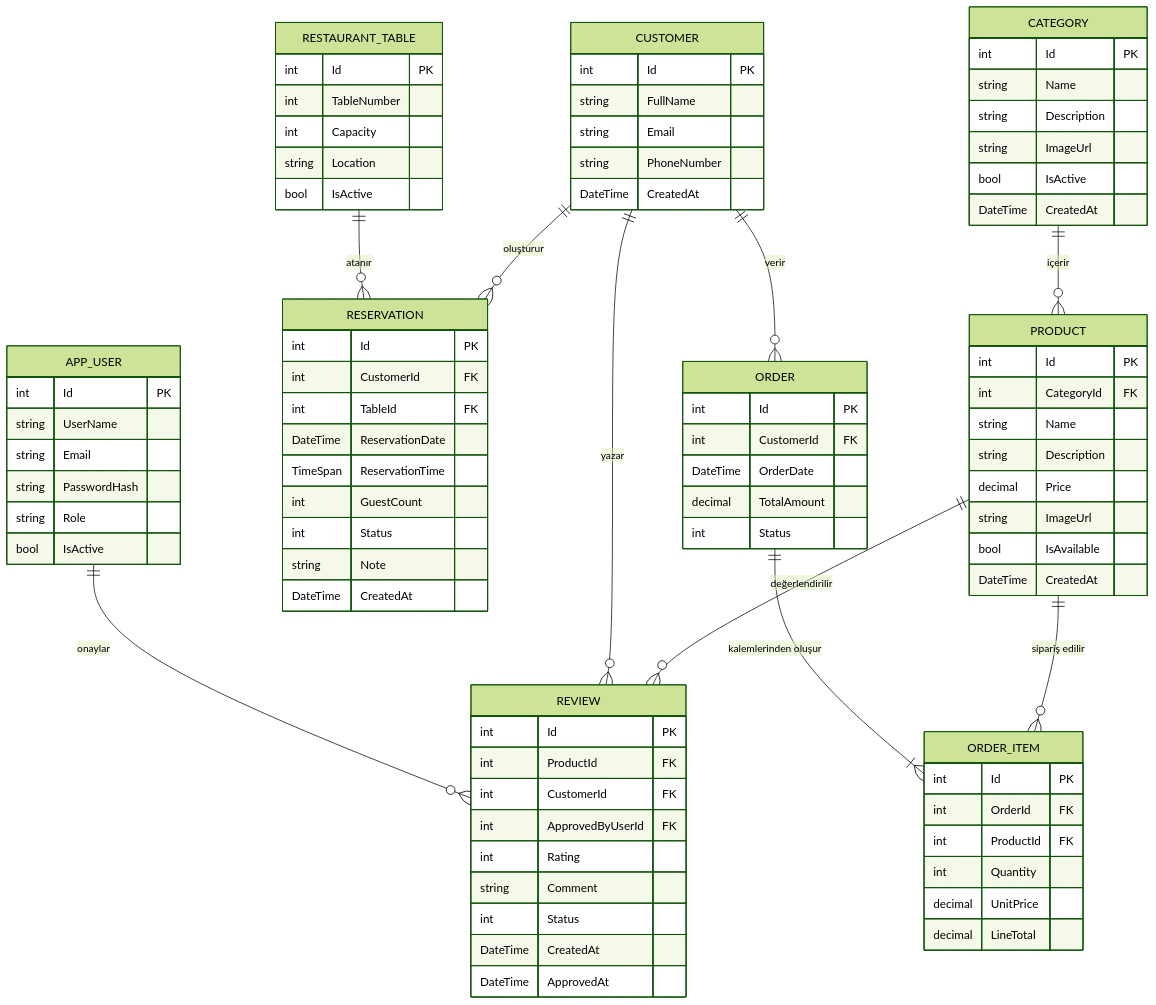
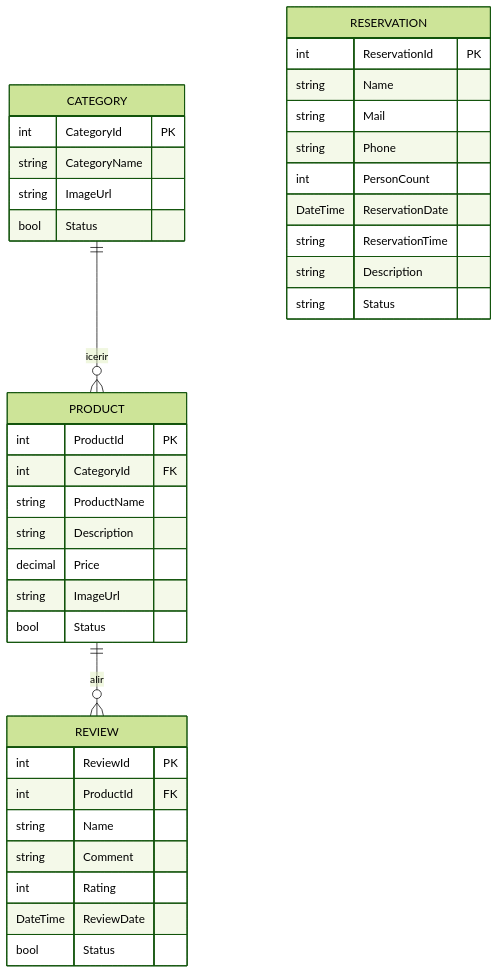
The third of 10 diagrams in README.md (yelda-batti0/DinaRestaurant-PostgreSQL), drawn with Mermaid (forest theme) before and after one commit. The commit also changed other lines of this file, not shown here.

````diff
--- a/README.md
+++ b/README.md
@@ -316,98 +340,44 @@
 ```mermaid
 erDiagram
-    CATEGORY ||--o{ PRODUCT : "içerir"
-    PRODUCT ||--o{ REVIEW : "değerlendirilir"
-    PRODUCT ||--o{ ORDER_ITEM : "sipariş edilir"
-    CUSTOMER ||--o{ RESERVATION : "oluşturur"
-    CUSTOMER ||--o{ ORDER : "verir"
-    CUSTOMER ||--o{ REVIEW : "yazar"
-    ORDER ||--|{ ORDER_ITEM : "kalemlerinden oluşur"
-    RESTAURANT_TABLE ||--o{ RESERVATION : "atanır"
-    APP_USER ||--o{ REVIEW : "onaylar"
+    CATEGORY ||--o{ PRODUCT : icerir
+    PRODUCT ||--o{ REVIEW : alir
 
     CATEGORY {
-        int Id PK
-        string Name
-        string Description
+        int CategoryId PK
+        string CategoryName
         string ImageUrl
-        bool IsActive
-        DateTime CreatedAt
+        bool Status
     }
 
     PRODUCT {
-        int Id PK
+        int ProductId PK
         int CategoryId FK
-        string Name
+        string ProductName
         string Description
         decimal Price
         string ImageUrl
-        bool IsAvailable
-        DateTime CreatedAt
+        bool Status
     }
 
-    CUSTOMER {
-        int Id PK
-        string FullName
-        string Email
-        string PhoneNumber
-        DateTime CreatedAt
-    }
-
-    RESTAURANT_TABLE {
-        int Id PK
-        int TableNumber
-        int Capacity
-        string Location
-        bool IsActive
+    REVIEW {
+        int ReviewId PK
+        int ProductId FK
+        string Name
+        string Comment
+        int Rating
+        DateTime ReviewDate
+        bool Status
     }
 
     RESERVATION {
-        int Id PK
-        int CustomerId FK
-        int TableId FK
+        int ReservationId PK
+        string Name
+        string Mail
+        string Phone
+        int PersonCount
         DateTime ReservationDate
-        TimeSpan ReservationTime
-        int GuestCount
-        int Status
-        string Note
-        DateTime CreatedAt
-    }
-
-    ORDER {
-        int Id PK
-        int CustomerId FK
-        DateTime OrderDate
-        decimal TotalAmount
-        int Status
-    }
-
-    ORDER_ITEM {
-        int Id PK
-        int OrderId FK
-        int ProductId FK
-        int Quantity
-        decimal UnitPrice
-        decimal LineTotal
-    }
-
-    REVIEW {
-        int Id PK
-        int ProductId FK
-        int CustomerId FK
-        int ApprovedByUserId FK
-        int Rating
-        string Comment
-        int Status
-        DateTime CreatedAt
-        DateTime ApprovedAt
-    }
-
-    APP_USER {
-        int Id PK
-        string UserName
-        string Email
-        string PasswordHash
-        string Role
-        bool IsActive
+        string ReservationTime
+        string Description
+        string Status
     }
 ```
````
